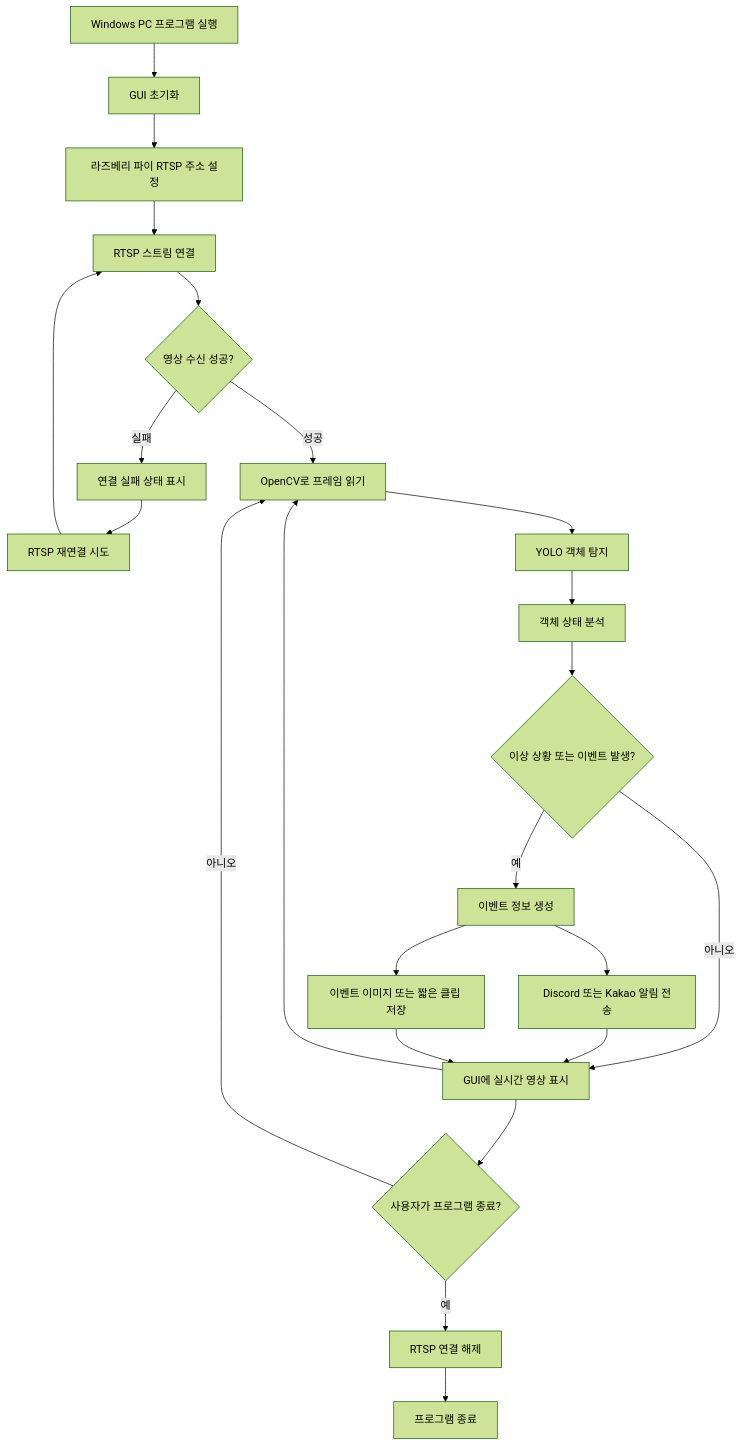
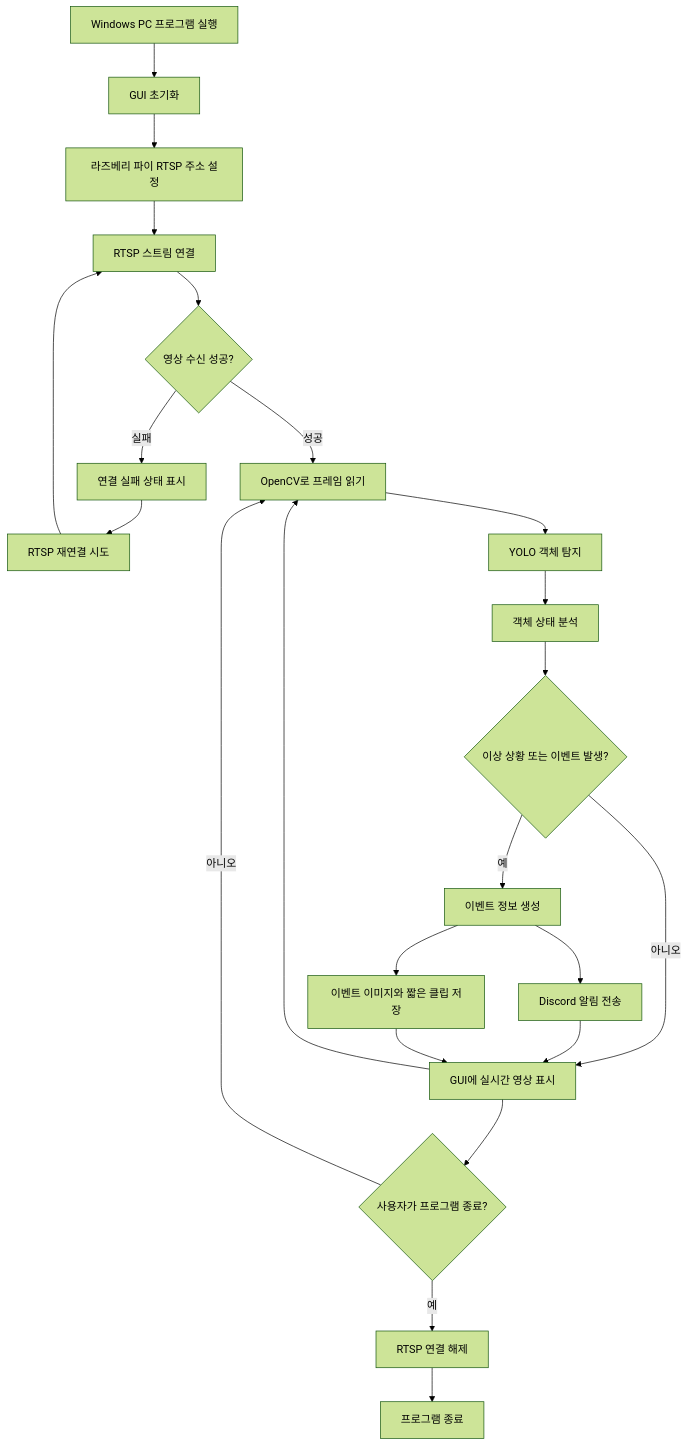
The diagram in 공부 정리 폴더/차트/client.mermaid (Eye-O-T/AI_CCTV), drawn with Mermaid (forest theme) before and after one commit. The commit also changed 4 other files, not shown here.

```diff
--- a/공부 정리 폴더/차트/client.mermaid
+++ b/공부 정리 폴더/차트/client.mermaid
@@ -1,21 +1,21 @@
 flowchart TB
     A["Windows PC 프로그램 실행"] --> B["GUI 초기화"]
     B --> C["라즈베리 파이 RTSP 주소 설정"]
     C --> D["RTSP 스트림 연결"]
     D --> E{"영상 수신 성공?"}
     E -- 실패 --> F["연결 실패 상태 표시"]
     F --> G["RTSP 재연결 시도"]
     G --> D
     E -- 성공 --> H["OpenCV로 프레임 읽기"]
     H --> I["YOLO 객체 탐지"]
     I --> J["객체 상태 분석"]
     J --> K{"이상 상황 또는 이벤트 발생?"}
     K -- 아니오 --> L["GUI에 실시간 영상 표시"]
     K -- 예 --> M["이벤트 정보 생성"]
-    M --> O["Discord 또는 Kakao 알림 전송"] & P["이벤트 이미지 또는 짧은 클립 저장"]
+    M --> O["Discord 알림 전송"] & P["이벤트 이미지와 짧은 클립 저장"]
     L --> H & Q{"사용자가 프로그램 종료?"}
     O --> L
     P --> L
     Q -- 아니오 --> H
     Q -- 예 --> R["RTSP 연결 해제"]
     R --> S["프로그램 종료"]
```
